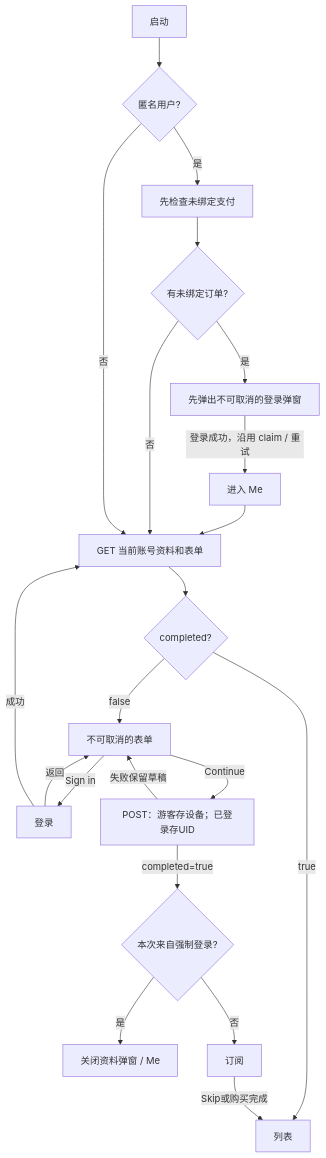
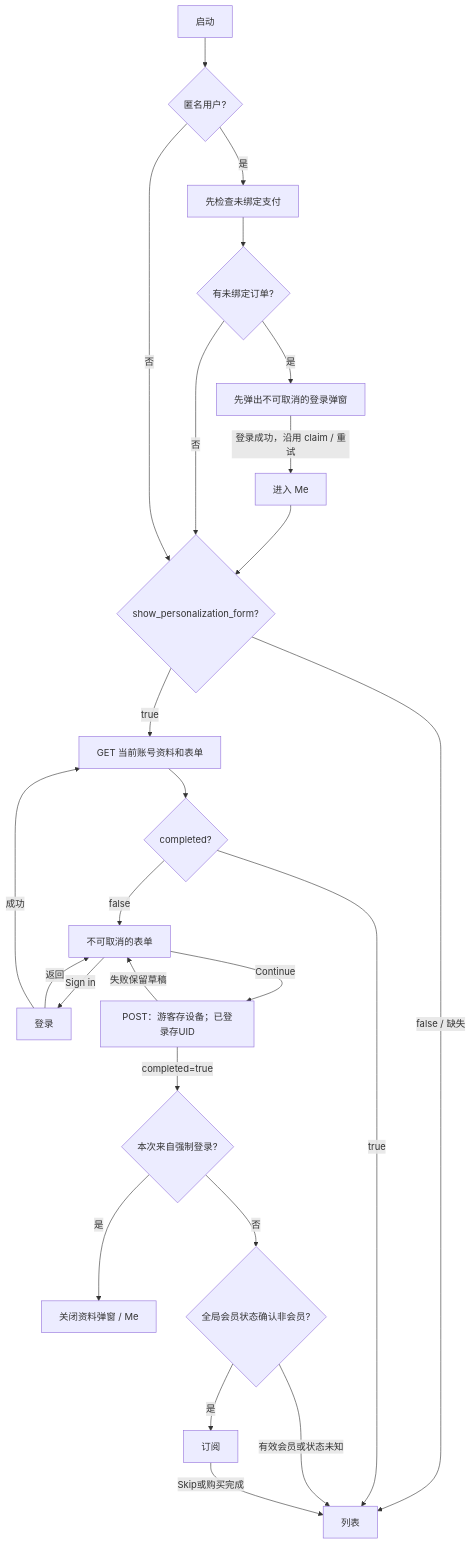
One commit to nicx519y/GenesisApp changed the diagram in genesis_app/docs/new-user-personalization/README.md. Above: the diagram before and after it, drawn with Mermaid. The commit also changed other lines of this file and 15 other files, not shown here.

Commit message:
show_personalization_form接口 UI

````diff
--- a/genesis_app/docs/new-user-personalization/README.md
+++ b/genesis_app/docs/new-user-personalization/README.md
@@ -6,23 +6,27 @@
 ```mermaid
 flowchart TD
 A[启动]-->V{匿名用户?}
 V-->|是|C0[先检查未绑定支付]
 C0-->Q0{有未绑定订单?}
 Q0-->|是|G0[先弹出不可取消的登录弹窗]
 G0-->|登录成功，沿用 claim / 重试|M0[进入 Me]
-M0-->B[GET 当前账号资料和表单]
-Q0-->|否|B
-V-->|否|B
+M0-->CFG{show_personalization_form?}
+Q0-->|否|CFG
+V-->|否|CFG
+CFG-->|false / 缺失|L[列表]
+CFG-->|true|B[GET 当前账号资料和表单]
 B-->C{completed?}
-C-->|true|L[列表]
+C-->|true|L
 C-->|false|F[不可取消的表单]
 F-->|Sign in|I[登录]
 I-->|返回|F
 I-->|成功|B
 F-->|Continue|S[POST：游客存设备；已登录存UID]
 S-->|失败保留草稿|F
 S-->|completed=true|Q{本次来自强制登录?}
 Q-->|是|M[关闭资料弹窗 / Me]
-Q-->|否|P[订阅]
+Q-->|否|V1{全局会员状态确认非会员?}
+V1-->|是|P[订阅]
+V1-->|有效会员或状态未知|L
 P-->|Skip或购买完成|L
 ```
````
